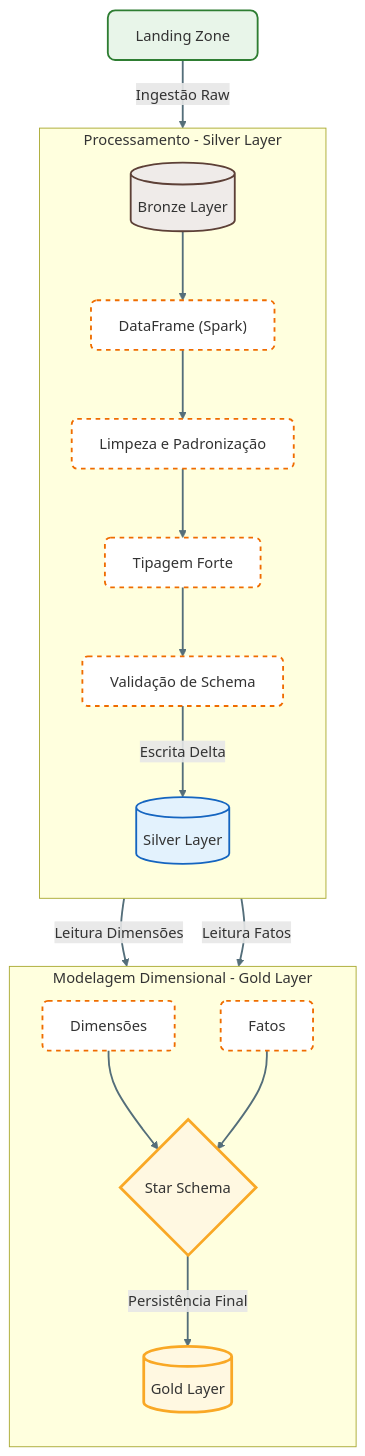
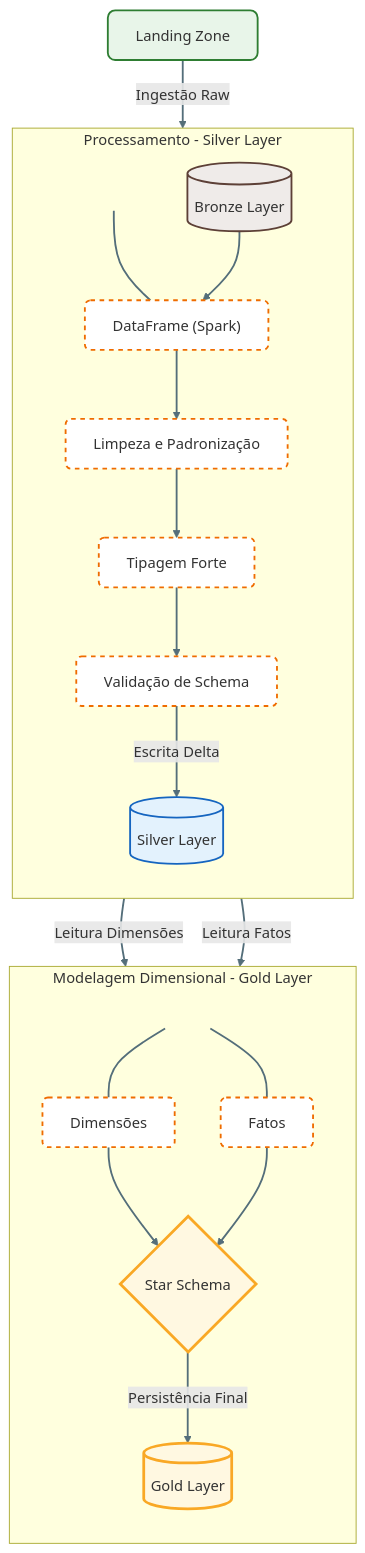
The second of 2 diagrams in docs/manual/04_arquitetura_detalhada.md (devdiasbr/databricks-challenge), drawn with Mermaid before and after one commit.

Commit message:
docs: adiciona espacamento visual (nos invisiveis) para evitar sobreposicao em titulos de subgrafos mermaid

````diff
--- a/docs/manual/04_arquitetura_detalhada.md
+++ b/docs/manual/04_arquitetura_detalhada.md
@@ -116,45 +116,49 @@
 ```mermaid
 flowchart TD
     %% =========================
     %% DEFINIÇÃO DE ESTILOS
     %% =========================
     classDef landing fill:#e8f5e9,stroke:#2e7d32,stroke-width:2px,rx:8,ry:8;
     classDef bronze fill:#efebe9,stroke:#5d4037,stroke-width:2px,rx:6,ry:6;
     classDef silver fill:#e3f2fd,stroke:#1565c0,stroke-width:2px,rx:6,ry:6;
     classDef gold fill:#fff8e1,stroke:#f9a825,stroke-width:3px,rx:10,ry:10;
     classDef process fill:#ffffff,stroke:#ef6c00,stroke-width:2px,stroke-dasharray: 5 5,rx:6,ry:6;
+    classDef hidden fill:none,stroke:none,color:#FFFFFF00;
 
     %% =========================
     %% LANDING / BRONZE
     %% =========================
     LZ[Landing Zone]:::landing -->|Ingestão Raw| BR[(Bronze Layer)]:::bronze
 
     %% =========================
     %% SILVER
     %% =========================
     subgraph SILVER [Processamento - Silver Layer]
         direction TB
+        SP1[ ]:::hidden ~~~ DF
         BR --> DF["DataFrame (Spark)"]:::process
         DF --> CLEAN[Limpeza e Padronização]:::process
         CLEAN --> TYPE[Tipagem Forte]:::process
         TYPE --> VALID[Validação de Schema]:::process
         VALID -->|Escrita Delta| SL[(Silver Layer)]:::silver
     end
 
     %% =========================
     %% GOLD
     %% =========================
     subgraph GOLD [Modelagem Dimensional - Gold Layer]
         direction TB
+        SP2[ ]:::hidden ~~~ DIMS
+        SP2 ~~~ FACT
         SL -->|Leitura Dimensões| DIMS[Dimensões]:::process
         SL -->|Leitura Fatos| FACT[Fatos]:::process
         DIMS --> STAR{Star Schema}:::gold
         FACT --> STAR
         STAR -->|Persistência Final| GL[(Gold Layer)]:::gold
     end
 
     %% =========================
     %% ESTILO DAS CONEXÕES
     %% =========================
     linkStyle default stroke:#546e7a,stroke-width:2px;
 ```
````
